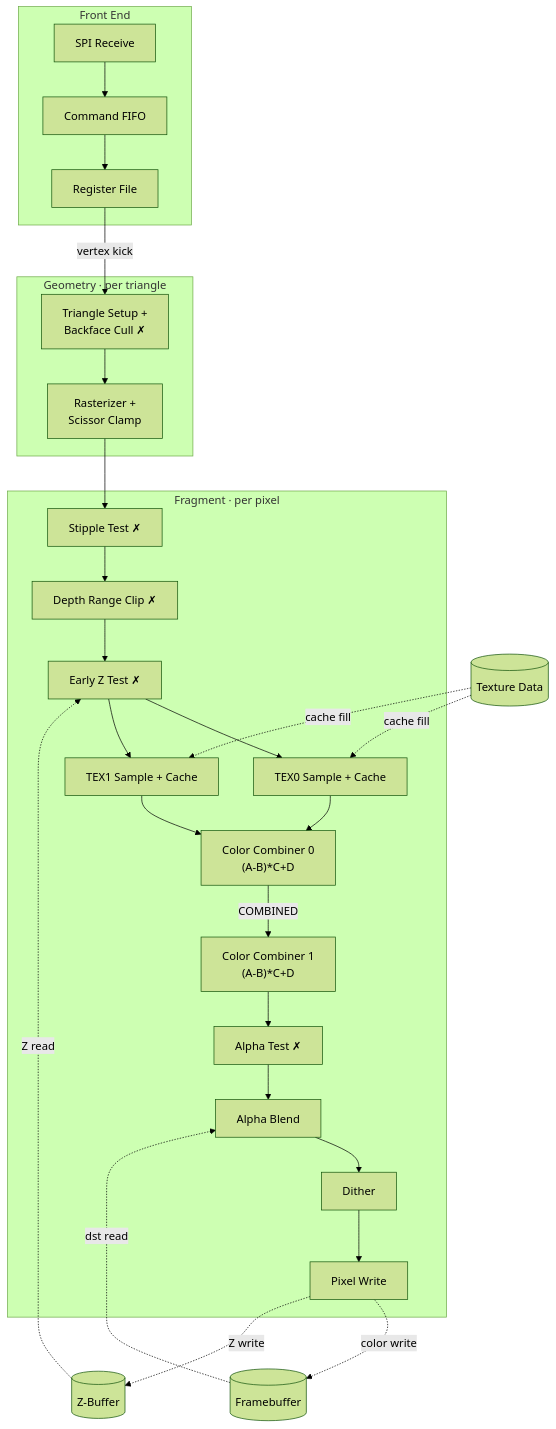
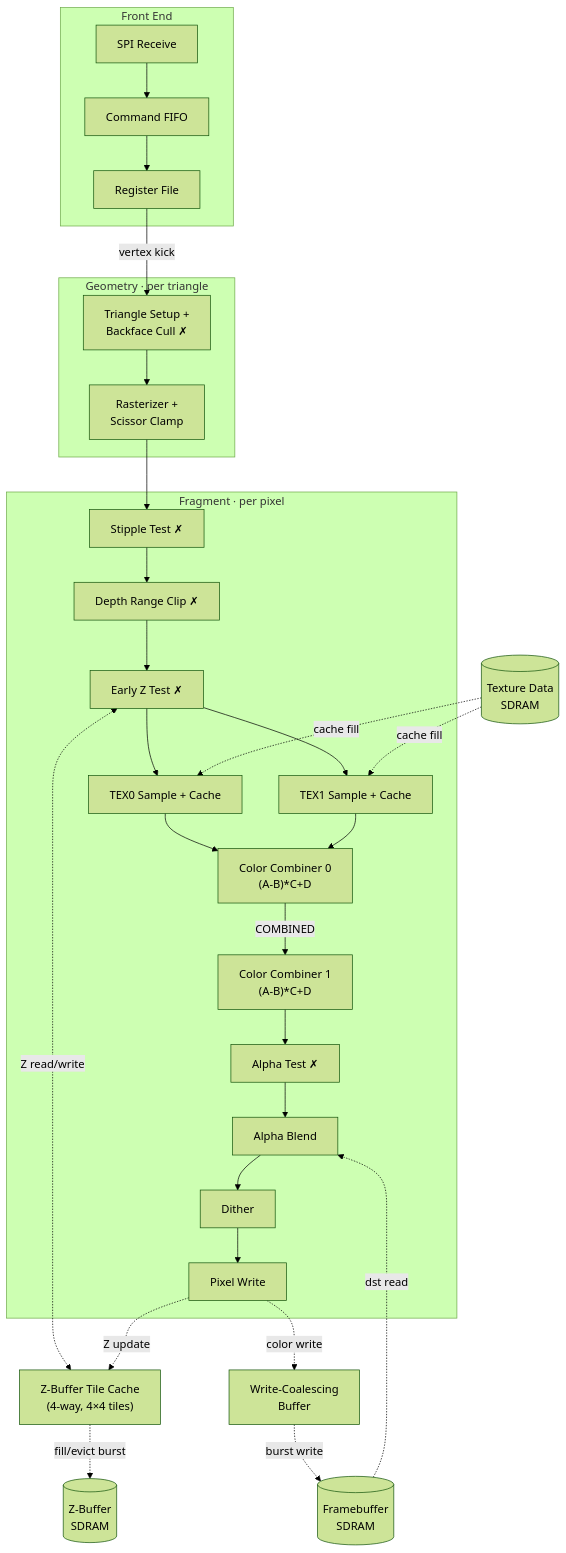
Before and after one commit to londey/pico-gs: the first of 2 diagrams in ARCHITECTURE.md, drawn with Mermaid (forest theme). The commit also changed other lines of this file and 1 other file, not shown here.

First line of the commit message:
Enhance architecture documentation and add framebuffer cache analysis

````diff
--- a/ARCHITECTURE.md
+++ b/ARCHITECTURE.md
@@ -61,41 +62,45 @@
 ```mermaid
 flowchart TD
     subgraph front["Front End"]
         SPI["SPI Receive"] --> FIFO["Command FIFO"] --> REG["Register File"]
     end
 
     subgraph geom["Geometry · per triangle"]
         SETUP["Triangle Setup +<br/>Backface Cull ✗"] --> RAST["Rasterizer +<br/>Scissor Clamp"]
     end
 
     subgraph frag["Fragment · per pixel"]
         STIP["Stipple Test ✗"]
         ZRC["Depth Range Clip ✗"]
         EZ["Early Z Test ✗"]
         TEX0["TEX0 Sample + Cache"]
         TEX1["TEX1 Sample + Cache"]
         CC0["Color Combiner 0<br/>(A-B)*C+D"]
         CC1["Color Combiner 1<br/>(A-B)*C+D"]
         AT["Alpha Test ✗"]
         AB["Alpha Blend"]
         DITH["Dither"]
         PW["Pixel Write"]
         STIP --> ZRC --> EZ --> TEX0 --> CC0
         EZ --> TEX1 --> CC0
         CC0 -- "COMBINED" --> CC1 --> AT --> AB --> DITH --> PW
     end
 
     REG -- "vertex kick" --> SETUP
     RAST --> STIP
 
-    ZBUF[("Z-Buffer")]
-    TEXMEM[("Texture Data")]
-    FB[("Framebuffer")]
+    ZCACHE["Z-Buffer Tile Cache<br/>(4-way, 4×4 tiles)"]
+    WBUF["Write-Coalescing<br/>Buffer"]
+    ZBUF[("Z-Buffer<br/>SDRAM")]
+    TEXMEM[("Texture Data<br/>SDRAM")]
+    FB[("Framebuffer<br/>SDRAM")]
 
-    ZBUF -. "Z read" .-> EZ
+    EZ <-. "Z read/write" .-> ZCACHE
+    PW -. "Z update" .-> ZCACHE
+    ZCACHE -. "fill/evict burst" .-> ZBUF
     TEXMEM -. "cache fill" .-> TEX0
     TEXMEM -. "cache fill" .-> TEX1
     FB -. "dst read" .-> AB
-    PW -. "color write" .-> FB
-    PW -. "Z write" .-> ZBUF
+    PW -. "color write" .-> WBUF
+    WBUF -. "burst write" .-> FB
 ```
````
